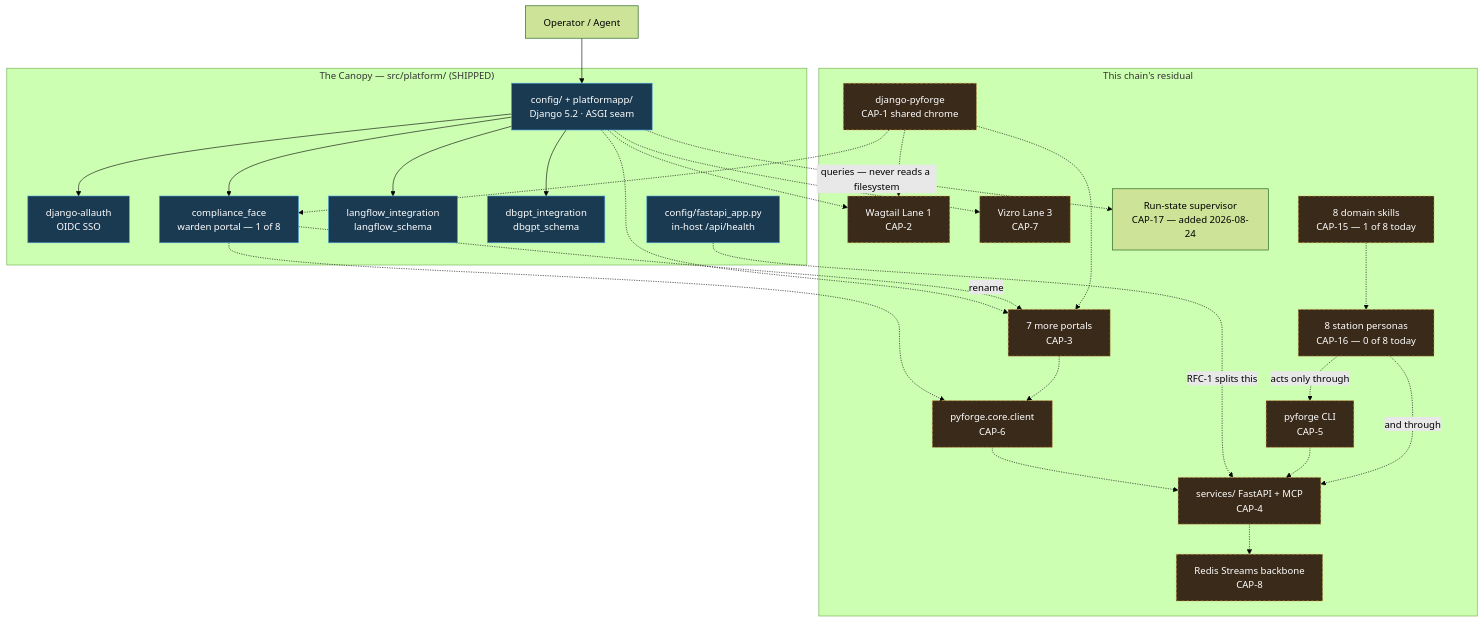
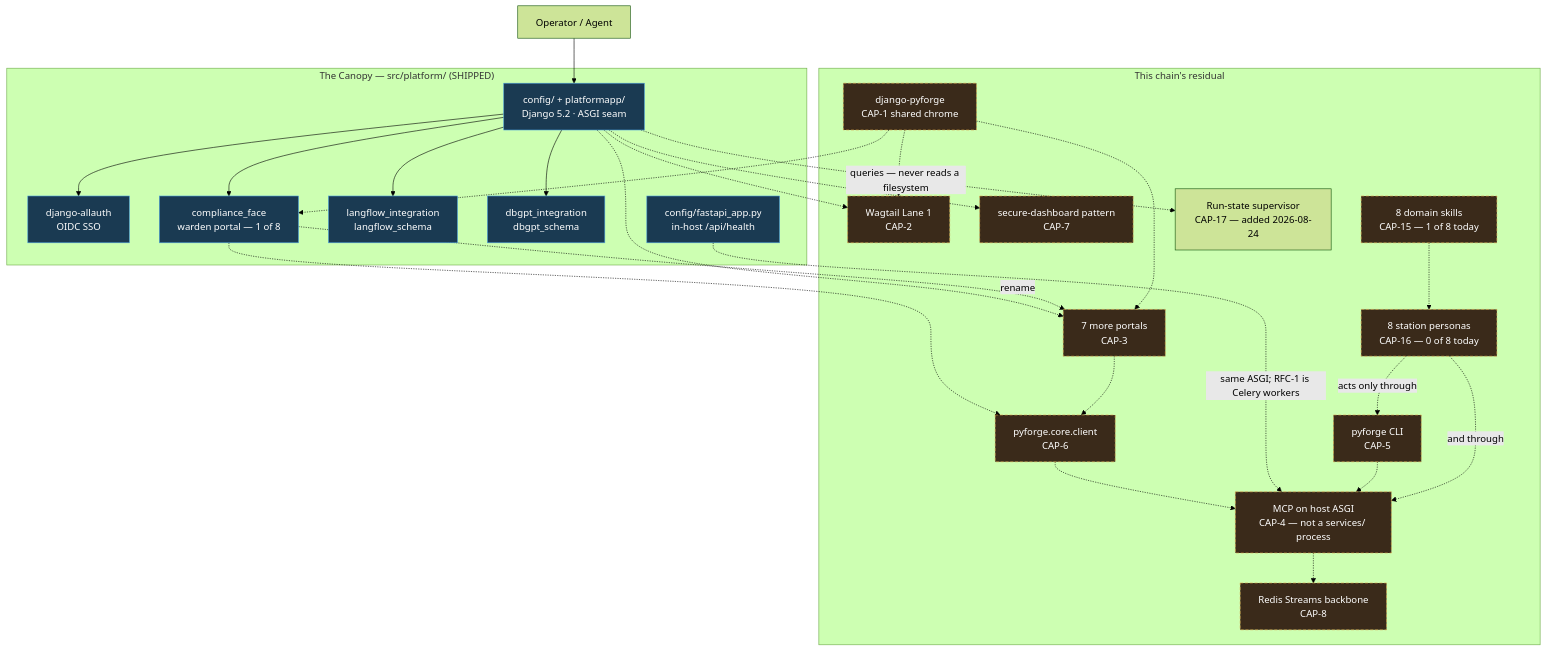
One commit to rxm7706/local-recipes changed the first of 5 diagrams in _bmad-output/projects/pyforge-steward/planning-artifacts/specs/spec-pyforge-unifying-strategy/architecture-diagrams.md. Above: the diagram before and after it, drawn with Mermaid (forest theme). The commit also changed 44 other files, not shown here.

````diff
--- a/_bmad-output/projects/pyforge-steward/planning-artifacts/specs/spec-pyforge-unifying-strategy/architecture-diagrams.md
+++ b/_bmad-output/projects/pyforge-steward/planning-artifacts/specs/spec-pyforge-unifying-strategy/architecture-diagrams.md
@@ -16,55 +16,55 @@
 ```mermaid
 graph TB
     User["Operator / Agent"]
 
     subgraph Canopy["The Canopy — src/platform/ (SHIPPED)"]
         Host["config/ + platformapp/<br/>Django 5.2 · ASGI seam"]
         Auth["django-allauth<br/>OIDC SSO"]
         FastAPIseam["config/fastapi_app.py<br/>in-host /api/health"]
         LF["langflow_integration<br/>langflow_schema"]
         DG["dbgpt_integration<br/>dbgpt_schema"]
         CF["compliance_face<br/>warden portal — 1 of 8"]
     end
 
     subgraph Residual["This chain's residual"]
         DP["django-pyforge<br/>CAP-1 shared chrome"]
         L1["Wagtail Lane 1<br/>CAP-2"]
         P7["7 more portals<br/>CAP-3"]
-        SVC["services/ FastAPI + MCP<br/>CAP-4"]
+        SVC["MCP on host ASGI<br/>CAP-4 — not a services/ process"]
         CLI["pyforge CLI<br/>CAP-5"]
         CLIENT["pyforge.core.client<br/>CAP-6"]
-        VZ["Vizro Lane 3<br/>CAP-7"]
+        SD["secure-dashboard pattern<br/>CAP-7"]
         EV["Redis Streams backbone<br/>CAP-8"]
         SK["8 domain skills<br/>CAP-15 — 1 of 8 today"]
         PER["8 station personas<br/>CAP-16 — 0 of 8 today"]
         SUP["Run-state supervisor<br/>CAP-17 — added 2026-08-24"]
     end
 
     User --> Host
     Host --> Auth
     Host --> LF
     Host --> DG
     Host --> CF
     Host -.-> L1
     Host -.-> P7
     CF -.->|rename| P7
     DP -.-> CF
     DP -.-> P7
     DP -.-> L1
     CF -.-> CLIENT
     P7 -.-> CLIENT
     CLIENT -.-> SVC
-    FastAPIseam -.->|RFC-1 splits this| SVC
+    FastAPIseam -.->|same ASGI; RFC-1 is Celery workers| SVC
     SVC -.-> EV
-    Host -.-> VZ
+    Host -.-> SD
     CLI -.-> SVC
     PER -.->|"acts only through"| CLI
     PER -.->|"and through"| SVC
     SK -.-> PER
     Host -.->|"queries — never reads a filesystem"| SUP
 
     classDef shipped fill:#1a3a52,stroke:#4a9eda,color:#fff
     classDef residual fill:#3a2a1a,stroke:#daa54a,color:#fff,stroke-dasharray: 5 3
     class Host,Auth,FastAPIseam,LF,DG,CF shipped
-    class DP,L1,P7,SVC,CLI,CLIENT,VZ,EV,SK,PER residual
+    class DP,L1,P7,SVC,CLI,CLIENT,SD,EV,SK,PER residual
 ```
````
